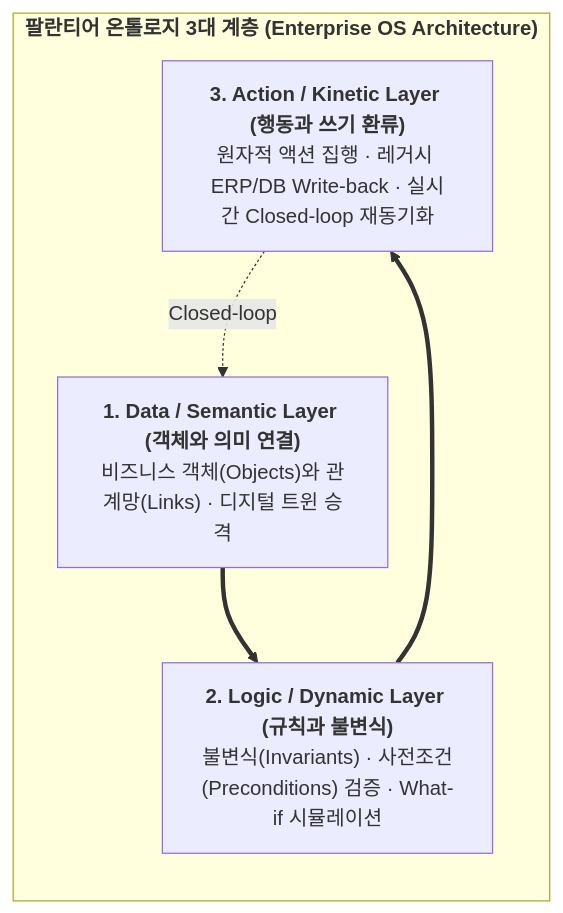
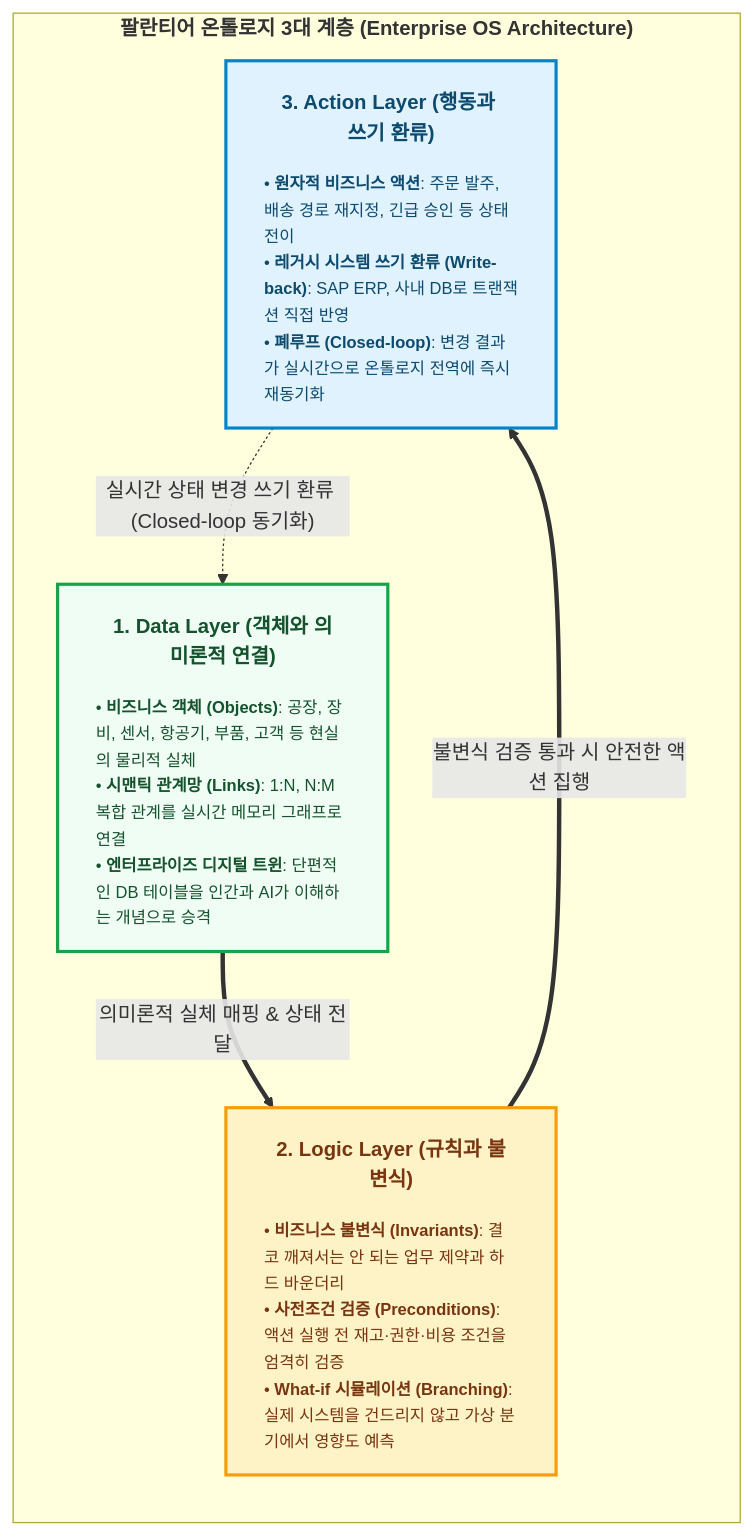
The second of 2 diagrams in _posts/tech/ontology-engineering/1 온톨로지가 없는 AI는 현학적인 수다쟁이일 뿐이다.md (tomato-vault/tomato-vault.github.io), drawn with Mermaid before and after one commit. The commit also changed other lines of this file and 19 other files, not shown here.

First line of the commit message:
Refactor ontology engineering documentation with enhanced diagrams and clarity

````diff
--- a/_posts/tech/ontology-engineering/1 온톨로지가 없는 AI는 현학적인 수다쟁이일 뿐이다.md
+++ b/_posts/tech/ontology-engineering/1 온톨로지가 없는 AI는 현학적인 수다쟁이일 뿐이다.md
@@ -86,11 +95,20 @@
 ```mermaid
 flowchart TB
+    classDef actionStyle fill:#e0f2fe,stroke:#0284c7,stroke-width:2.5px,color:#0c4a6e
+    classDef logicStyle fill:#fef3c7,stroke:#f59e0b,stroke-width:2.5px,color:#78350f
+    classDef dataStyle fill:#f0fdf4,stroke:#16a34a,stroke-width:2.5px,color:#14532d
+
     subgraph ONTO ["<b>팔란티어 온톨로지 3대 계층 (Enterprise OS Architecture)</b>"]
         direction TB
-        L3["<b>3. Action / Kinetic Layer (행동과 쓰기 환류)</b><br/>원자적 액션 집행 · 레거시 ERP/DB Write-back · 실시간 Closed-loop 재동기화"]
-        L2["<b>2. Logic / Dynamic Layer (규칙과 불변식)</b><br/>불변식(Invariants) · 사전조건(Preconditions) 검증 · What-if 시뮬레이션"]
-        L1["<b>1. Data / Semantic Layer (객체와 의미 연결)</b><br/>비즈니스 객체(Objects)와 관계망(Links) · 디지털 트윈 승격"]
-        L1 ==> L2 ==> L3
-        L3 -.->|"Closed-loop"| L1
+
+        L3["<div style='text-align:center; padding:6px 8px;'><b>3. Action Layer (행동과 쓰기 환류)</b></div><hr style='margin:6px 0; border:none; border-top:1px solid #38bdf8;'/><div style='text-align:left; font-size:13px; line-height:1.6;'>• <b>원자적 비즈니스 액션</b>: 주문 발주, 배송 경로 재지정, 긴급 승인 등 상태 전이<br/>• <b>레거시 시스템 쓰기 환류 (Write-back)</b>: SAP ERP, 사내 DB로 트랜잭션 직접 반영<br/>• <b>폐루프 (Closed-loop)</b>: 변경 결과가 실시간으로 온톨로지 전역에 즉시 재동기화</div>"]:::actionStyle
+
+        L2["<div style='text-align:center; padding:6px 8px;'><b>2. Logic Layer (규칙과 불변식)</b></div><hr style='margin:6px 0; border:none; border-top:1px solid #fcd34d;'/><div style='text-align:left; font-size:13px; line-height:1.6;'>• <b>비즈니스 불변식 (Invariants)</b>: 결코 깨져서는 안 되는 업무 제약과 하드 바운더리<br/>• <b>사전조건 검증 (Preconditions)</b>: 액션 실행 전 재고·권한·비용 조건을 엄격히 검증<br/>• <b>What-if 시뮬레이션 (Branching)</b>: 실제 시스템을 건드리지 않고 가상 분기에서 영향도 예측</div>"]:::logicStyle
+
+        L1["<div style='text-align:center; padding:6px 8px;'><b>1. Data Layer (객체와 의미론적 연결)</b></div><hr style='margin:6px 0; border:none; border-top:1px solid #86efac;'/><div style='text-align:left; font-size:13px; line-height:1.6;'>• <b>비즈니스 객체 (Objects)</b>: 공장, 장비, 센서, 항공기, 부품, 고객 등 현실의 물리적 실체<br/>• <b>시맨틱 관계망 (Links)</b>: 1:N, N:M 복합 관계를 실시간 메모리 그래프로 연결<br/>• <b>엔터프라이즈 디지털 트윈</b>: 단편적인 DB 테이블을 인간과 AI가 이해하는 개념으로 승격</div>"]:::dataStyle
+
+        L1 ==>|"의미론적 실체 매핑 & 상태 전달"| L2
+        L2 ==>|"불변식 검증 통과 시 안전한 액션 집행"| L3
+        L3 -.->|"실시간 상태 변경 쓰기 환류 (Closed-loop 동기화)"| L1
     end
 ```
````
